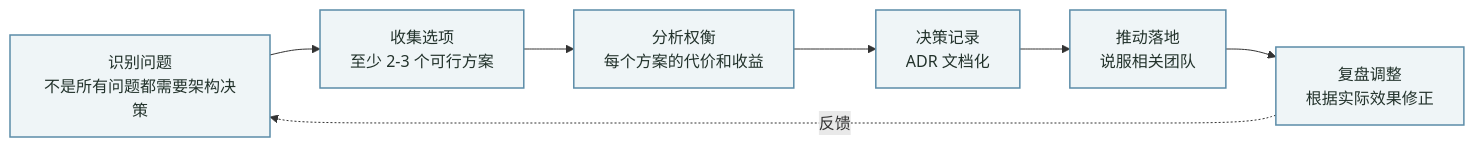
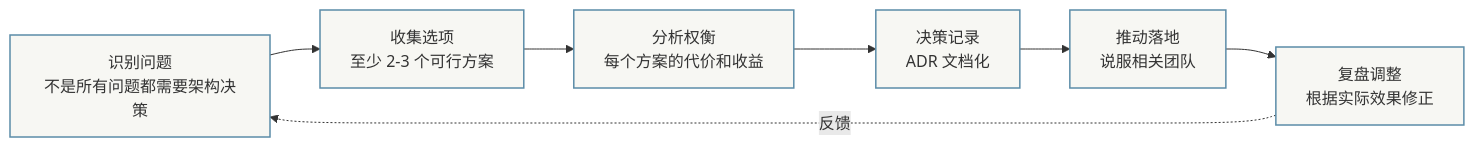
Before and after one commit to Fatejian/frontier-vault: the second of 2 diagrams in docs/career/technical-influence.md, drawn with Mermaid. The commit also changed other lines of this file and 65 other files, not shown here.

First line of the commit message:
fix(theme): unify mermaid chart palette and remove solid core fills

````diff
--- a/docs/career/technical-influence.md
+++ b/docs/career/technical-influence.md
@@ -330,16 +330,16 @@
 ```mermaid
 flowchart LR
     P1["识别问题<br/>不是所有问题都需要架构决策"]
     P2["收集选项<br/>至少 2-3 个可行方案"]
     P3["分析权衡<br/>每个方案的代价和收益"]
     P4["决策记录<br/>ADR 文档化"]
     P5["推动落地<br/>说服相关团队"]
     P6["复盘调整<br/>根据实际效果修正"]
 
     P1 --> P2 --> P3 --> P4 --> P5 --> P6
     P6 -. 反馈 .-> P1
 
-    classDef wait fill:#EFF5F7,stroke:#5B8CA8,color:#22322B,stroke-width:1.5px;
+    classDef wait fill:#F7F7F3,stroke:#5B8CA8,stroke-width:1.5px;
 
     class P1,P2,P3,P4,P5,P6 wait;
 ```
````
